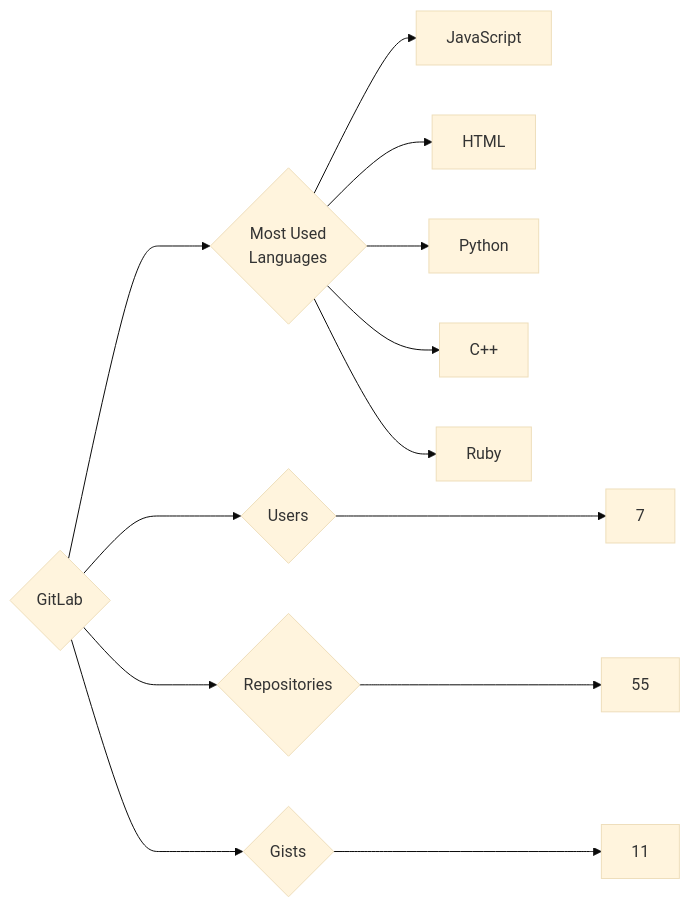
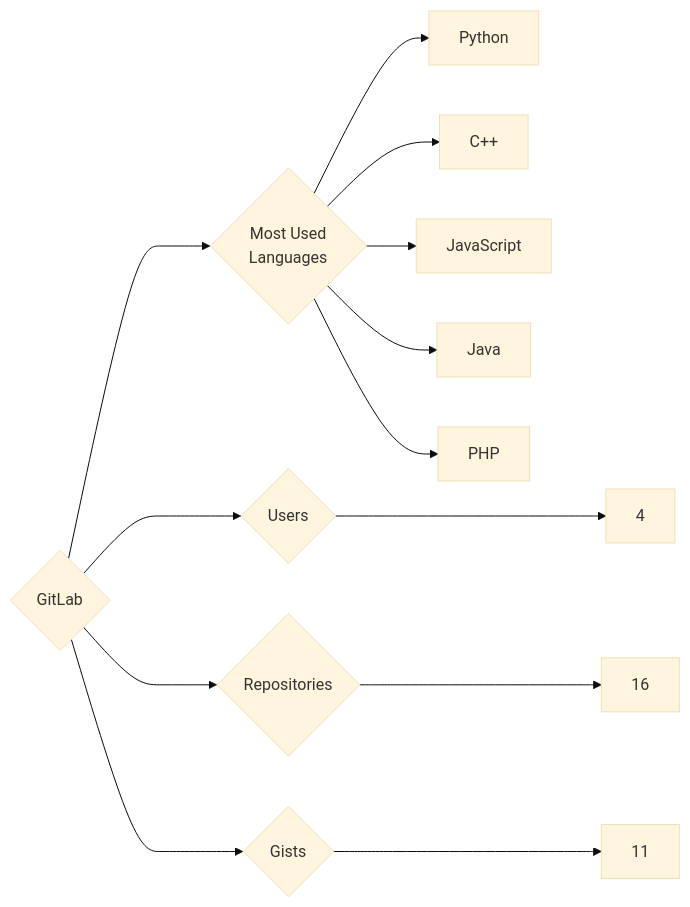
Before and after one commit to trickest/insiders: the diagram in targets/GitLab/README.md, drawn with Mermaid (base theme). The commit also changed 1123 other files, not shown here.

````diff
--- a/targets/GitLab/README.md
+++ b/targets/GitLab/README.md
@@ -3,13 +3,13 @@
 ```mermaid
 graph LR
 COMPANY_NAME{GitLab}
-COMPANY_NAME ---> U{Users} ---> UN[7]
-COMPANY_NAME ---> R{Repositories} ---> RN[55]
+COMPANY_NAME ---> U{Users} ---> UN[4]
+COMPANY_NAME ---> R{Repositories} ---> RN[16]
 COMPANY_NAME ---> G{Gists} ---> GN[11]
 COMPANY_NAME ---> ML{Most Used<br>Languages}
-ML --> JavaScript[JavaScript]
-ML --> HTML[HTML]
 ML --> Python[Python]
 ML --> C++[C++]
-ML --> Ruby[Ruby]
+ML --> JavaScript[JavaScript]
+ML --> Java[Java]
+ML --> PHP[PHP]
 ```
````
